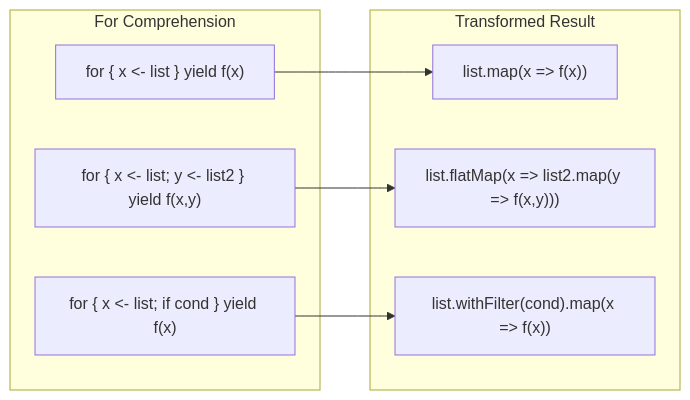
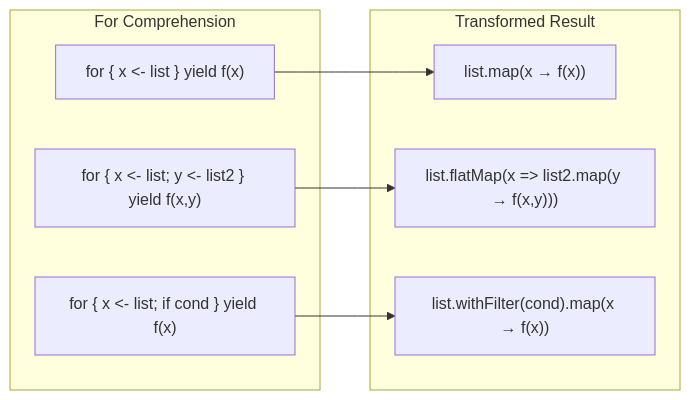
Before and after one commit to advanced-beginner/advanced-beginner.github.io: the diagram in content/en/scala/concepts/for-comprehensions.md, drawn with Mermaid. The commit also changed 59 other files, not shown here.

First line of the commit message:
fix: Mermaid 다이어그램 문법 오류 수정

````diff
--- a/content/en/scala/concepts/for-comprehensions.md
+++ b/content/en/scala/concepts/for-comprehensions.md
@@ -13,18 +13,18 @@
 ```mermaid
 flowchart LR
     subgraph "For Comprehension"
         FC1["for { x <- list } yield f(x)"]
         FC2["for { x <- list; y <- list2 } yield f(x,y)"]
         FC3["for { x <- list; if cond } yield f(x)"]
     end
 
     subgraph "Transformed Result"
-        R1["list.map(x => f(x))"]
-        R2["list.flatMap(x => list2.map(y => f(x,y)))"]
-        R3["list.withFilter(cond).map(x => f(x))"]
+        R1["list.map(x → f(x))"]
+        R2["list.flatMap(x => list2.map(y → f(x,y)))"]
+        R3["list.withFilter(cond).map(x → f(x))"]
     end
 
     FC1 --> R1
     FC2 --> R2
     FC3 --> R3
 ```
````
